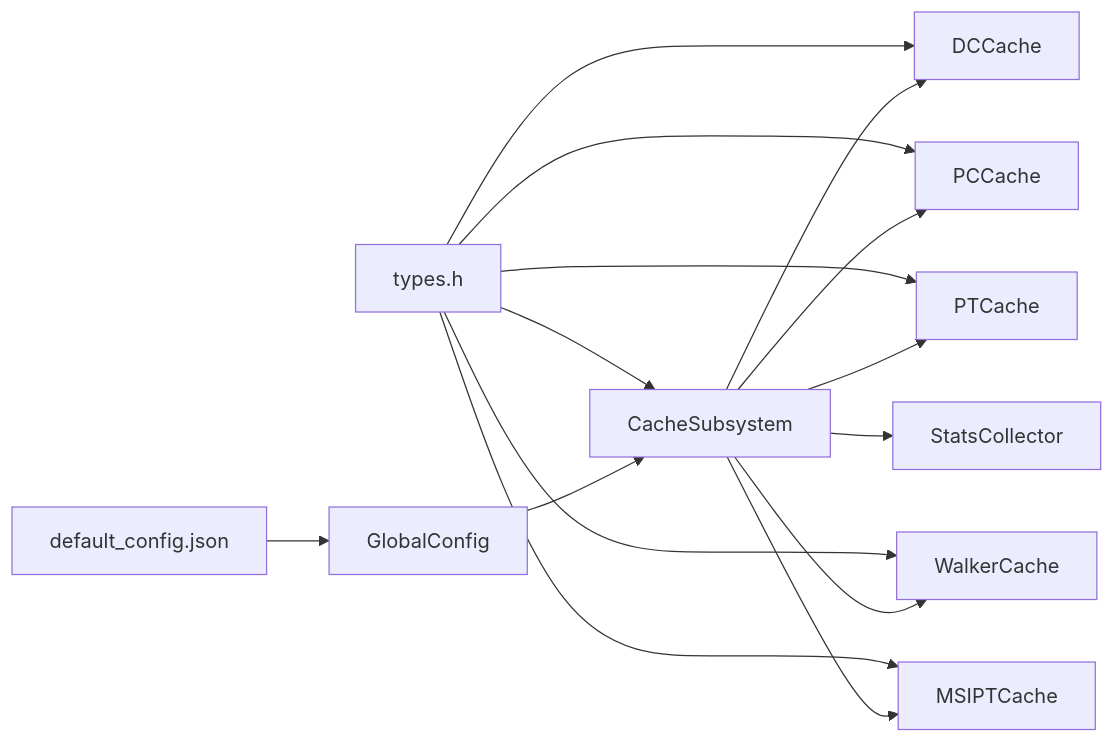
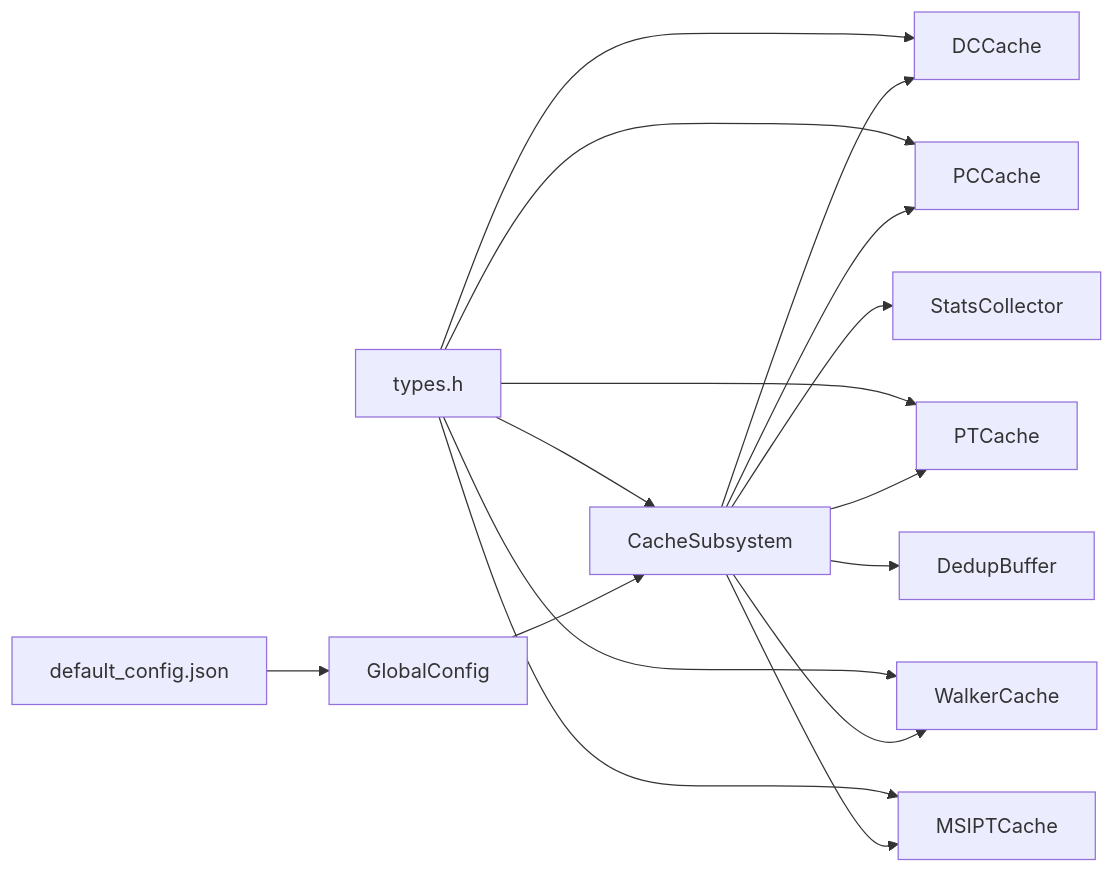
Before and after one commit to jiangjiang1122/iommu_model_20260401_v1: the eighth of 8 diagrams in .qoder/repowiki/zh/content/缓存系统架构/缓存子系统概览.md, drawn with Mermaid. The commit also changed other lines of this file and 22 other files, not shown here.

````diff
--- a/.qoder/repowiki/zh/content/缓存系统架构/缓存子系统概览.md
+++ b/.qoder/repowiki/zh/content/缓存系统架构/缓存子系统概览.md
@@ -351,17 +417,18 @@
 ```mermaid
 graph LR
 CFG["default_config.json"] --> GC["GlobalConfig"]
 GC --> CS["CacheSubsystem"]
 CS --> DC["DCCache"]
 CS --> PC["PCCache"]
 CS --> PT["PTCache"]
 CS --> WC["WalkerCache"]
 CS --> MSI["MSIPTCache"]
 CS --> STATS["StatsCollector"]
+CS --> DEDP["DedupBuffer"]
 TYPES["types.h"] --> CS
 TYPES --> DC
 TYPES --> PC
 TYPES --> PT
 TYPES --> WC
 TYPES --> MSI
 ```
````
